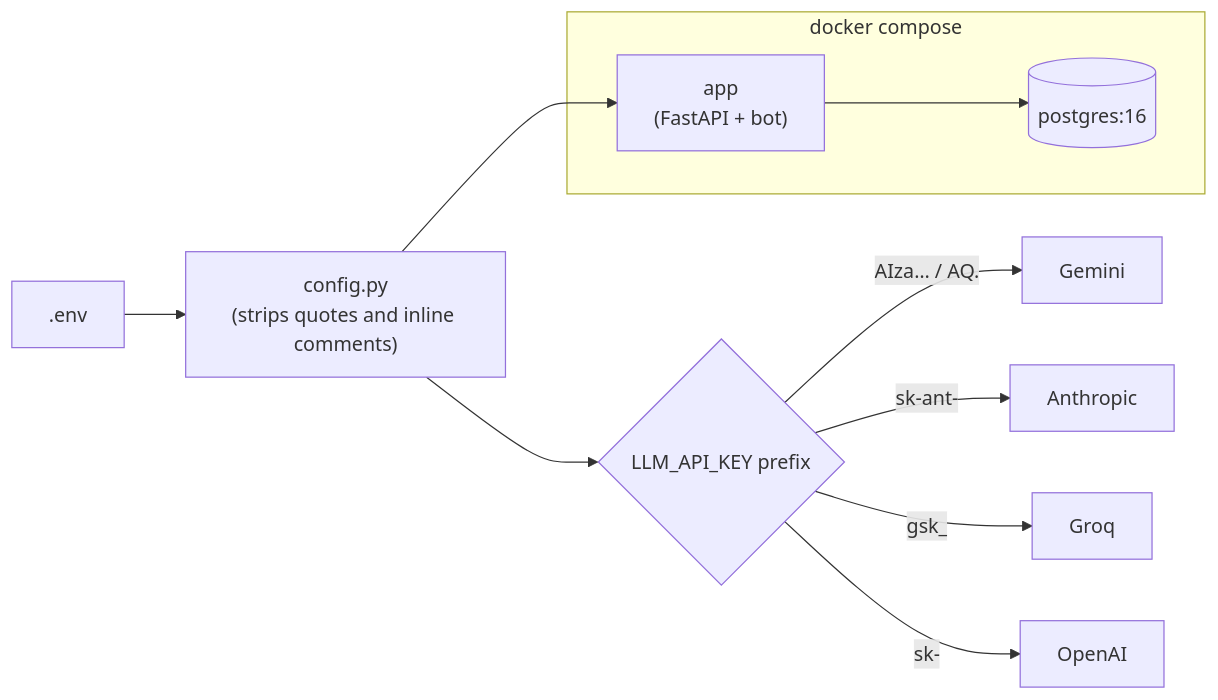
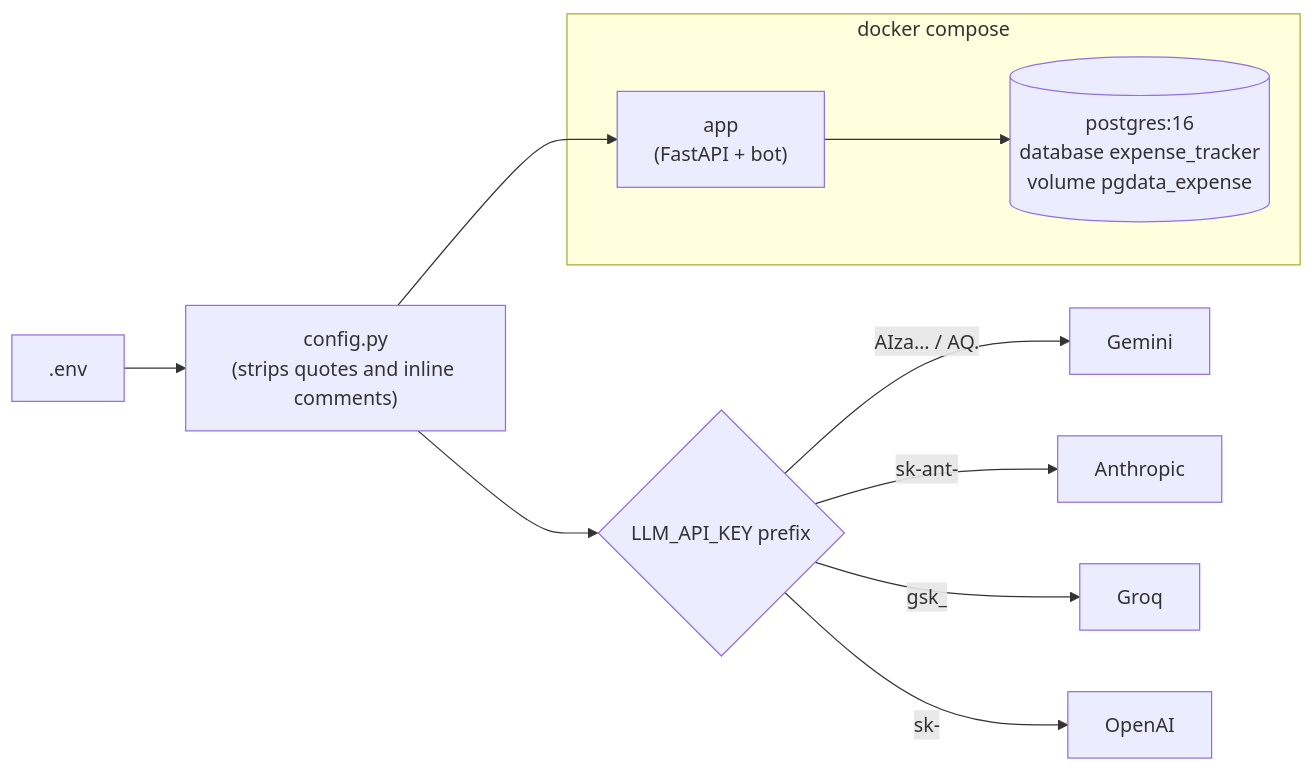
Before and after one commit to yeturu-surya-fission/Expense_Tracker: the fifth of 5 diagrams in docs/ARCHITECTURE.md, drawn with Mermaid. The commit also changed other lines of this file and 3 other files, not shown here.

Commit message:
state diagram added

````diff
--- a/docs/ARCHITECTURE.md
+++ b/docs/ARCHITECTURE.md
@@ -161,14 +220,14 @@
 ```mermaid
 flowchart LR
     ENV[".env"] --> CFG["config.py<br/>(strips quotes and inline comments)"]
     CFG --> KEY{"LLM_API_KEY prefix"}
     KEY -->|"AIza… / AQ."| G["Gemini"]
     KEY -->|"sk-ant-"| AN["Anthropic"]
     KEY -->|"gsk_"| GR["Groq"]
     KEY -->|"sk-"| O["OpenAI"]
 
     subgraph DC["docker compose"]
-        W["app<br/>(FastAPI + bot)"] --> PG[("postgres:16")]
+        W["app<br/>(FastAPI + bot)"] --> PG[("postgres:16<br/>database expense_tracker<br/>volume pgdata_expense")]
     end
     CFG --> W
 ```
````
